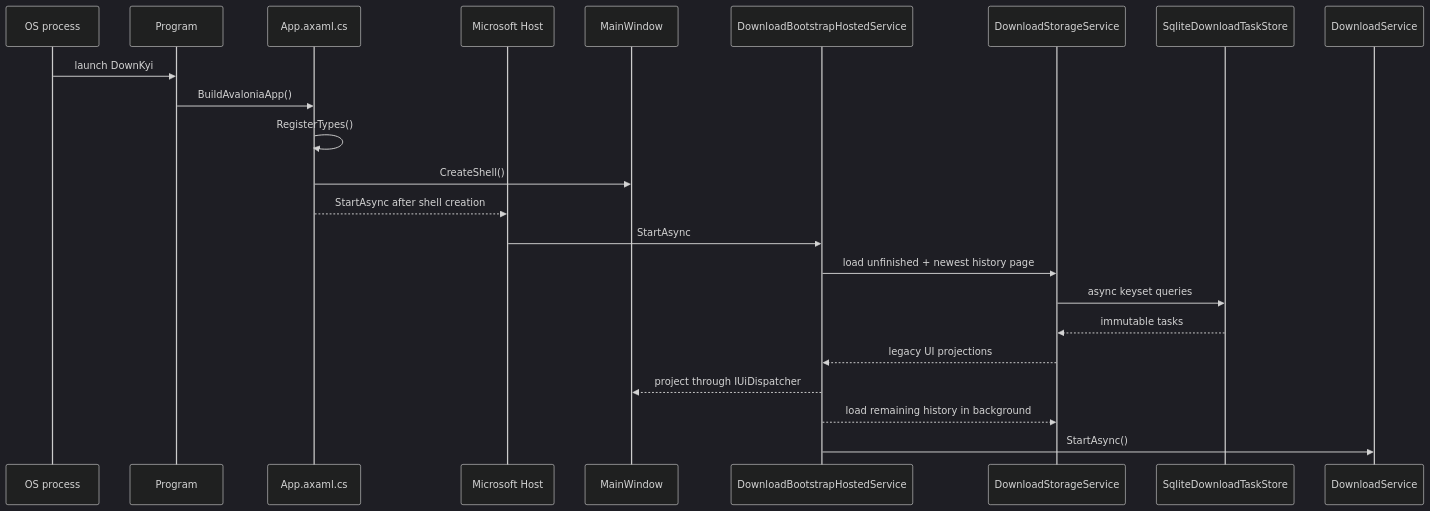
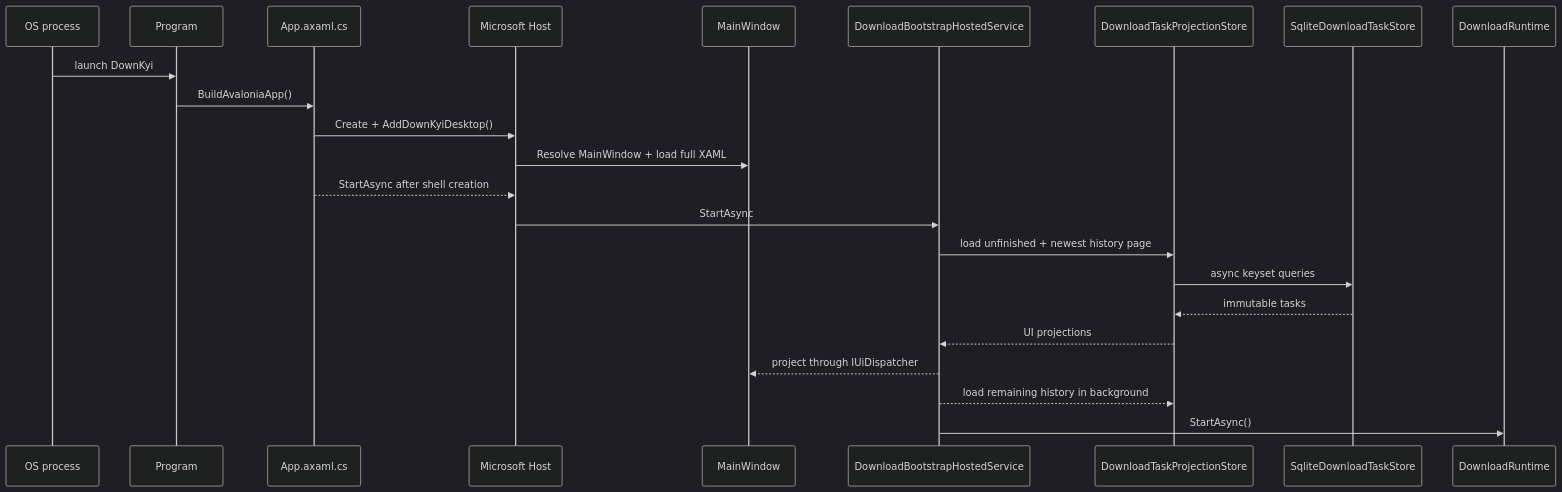
Before and after one commit to crazysmile-PhD/downkyicore: the second of 4 diagrams in docs/ai-knowledge-graph.md, drawn with Mermaid (dark theme). The commit also changed other lines of this file and 4 other files, not shown here.

````diff
--- a/docs/ai-knowledge-graph.md
+++ b/docs/ai-knowledge-graph.md
@@ -1741,26 +1882,26 @@
 ```mermaid
 sequenceDiagram
     participant OS as OS process
     participant Program as Program
     participant App as App.axaml.cs
     participant Host as Microsoft Host
     participant Shell as MainWindow
     participant Bootstrap as DownloadBootstrapHostedService
-    participant Projection as DownloadStorageService
+    participant Projection as DownloadTaskProjectionStore
     participant Store as SqliteDownloadTaskStore
-    participant Runtime as DownloadService
+    participant Runtime as DownloadRuntime
 
     OS->>Program: launch DownKyi
     Program->>App: BuildAvaloniaApp()
-    App->>App: RegisterTypes()
-    App->>Shell: CreateShell()
+    App->>Host: Create + AddDownKyiDesktop()
+    Host->>Shell: Resolve MainWindow + load full XAML
     App-->>Host: StartAsync after shell creation
     Host->>Bootstrap: StartAsync
     Bootstrap->>Projection: load unfinished + newest history page
     Projection->>Store: async keyset queries
     Store-->>Projection: immutable tasks
-    Projection-->>Bootstrap: legacy UI projections
+    Projection-->>Bootstrap: UI projections
     Bootstrap-->>Shell: project through IUiDispatcher
     Bootstrap-->>Projection: load remaining history in background
     Bootstrap->>Runtime: StartAsync()
 ```
````
